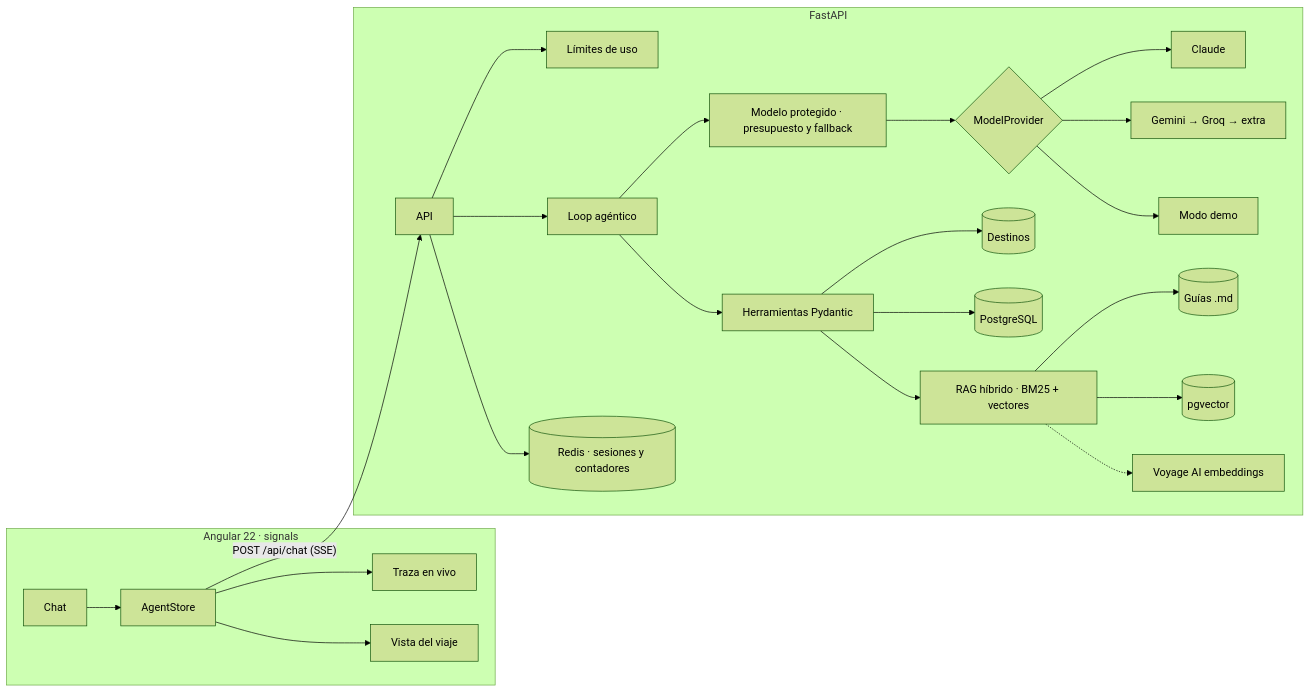
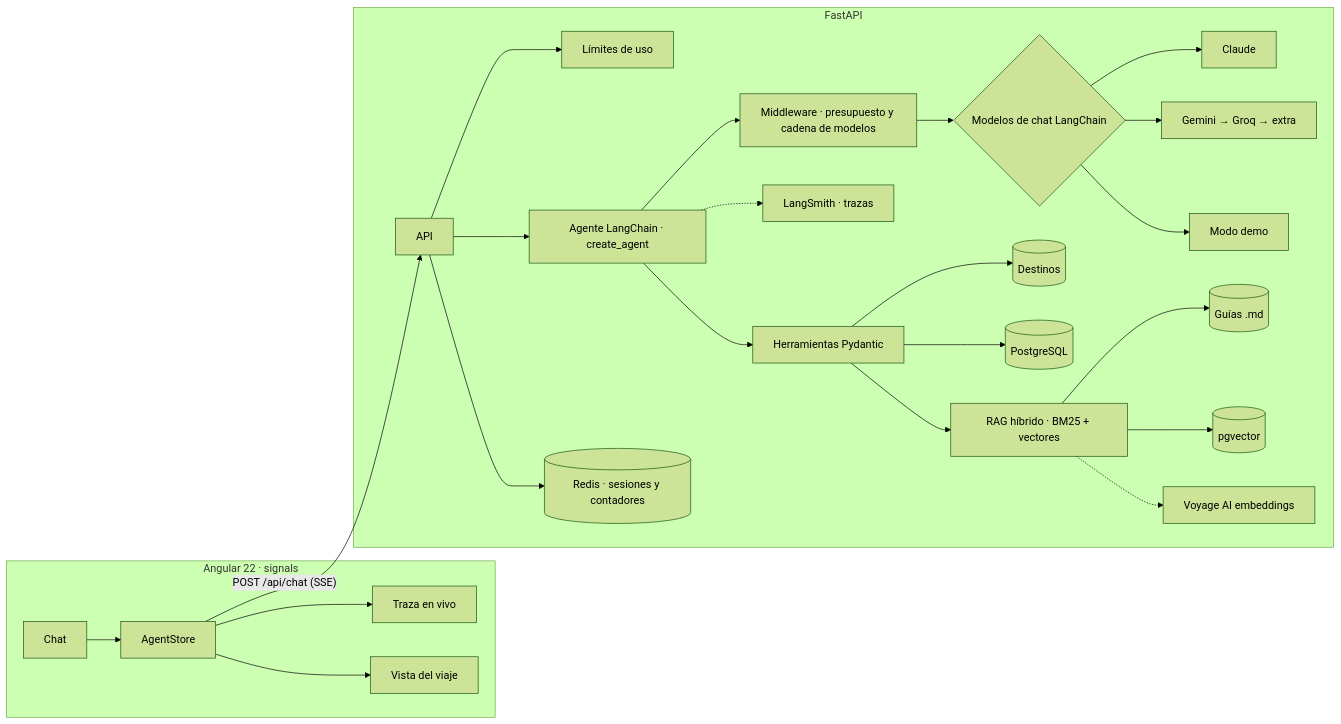
One commit to Binteak/rumbo-ai changed the first of 3 diagrams in README.md. Above: the diagram before and after it, drawn with Mermaid (forest theme). The commit also changed other lines of this file and 22 other files, not shown here.

First line of the commit message:
feat(backend): agente con LangChain y trazas en LangSmith

````diff
--- a/README.md
+++ b/README.md
@@ -46,26 +46,27 @@
 ```mermaid
 flowchart LR
   subgraph Frontend [Angular 22 · signals]
     Chat[Chat] --> Store[AgentStore]
     Store --> Trace[Traza en vivo]
     Store --> Trip[Vista del viaje]
   end
   Store -- "POST /api/chat (SSE)" --> API
   subgraph Backend [FastAPI]
     API[API] --> Limits[Límites de uso]
-    API --> Loop[Loop agéntico]
-    Loop --> Guard[Modelo protegido · presupuesto y fallback]
-    Guard --> Provider{ModelProvider}
+    API --> Loop[Agente LangChain · create_agent]
+    Loop --> Guard[Middleware · presupuesto y cadena de modelos]
+    Guard --> Provider{Modelos de chat LangChain}
     Provider --> Claude[Claude]
     Provider --> OAI[Gemini → Groq → extra]
     Provider --> Demo[Modo demo]
+    Loop -.-> LangSmith[LangSmith · trazas]
     Loop --> Tools[Herramientas Pydantic]
     Tools --> Data[(Destinos)]
     Tools --> DB[(PostgreSQL)]
     Tools --> RAG[RAG híbrido · BM25 + vectores]
     RAG --> Guides[(Guías .md)]
     RAG --> PGV[(pgvector)]
     RAG -.-> Voyage[Voyage AI embeddings]
     API --> Redis[(Redis · sesiones y contadores)]
   end
 ```
````
